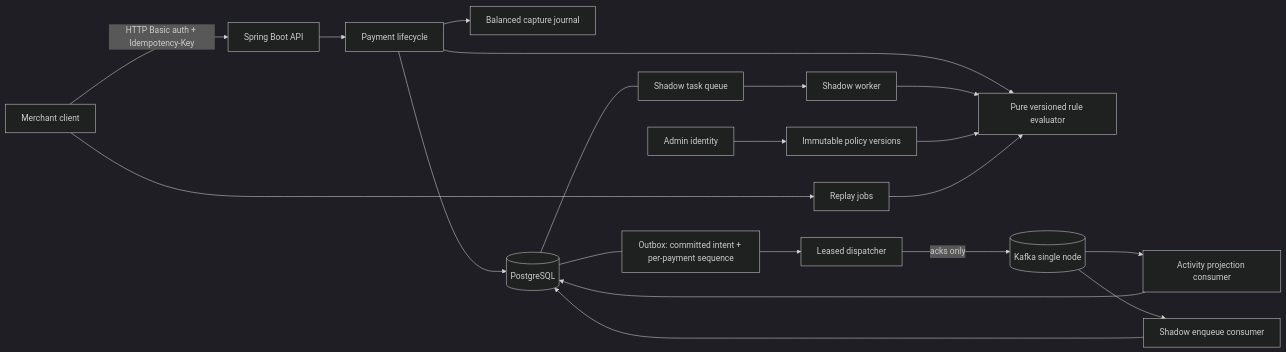
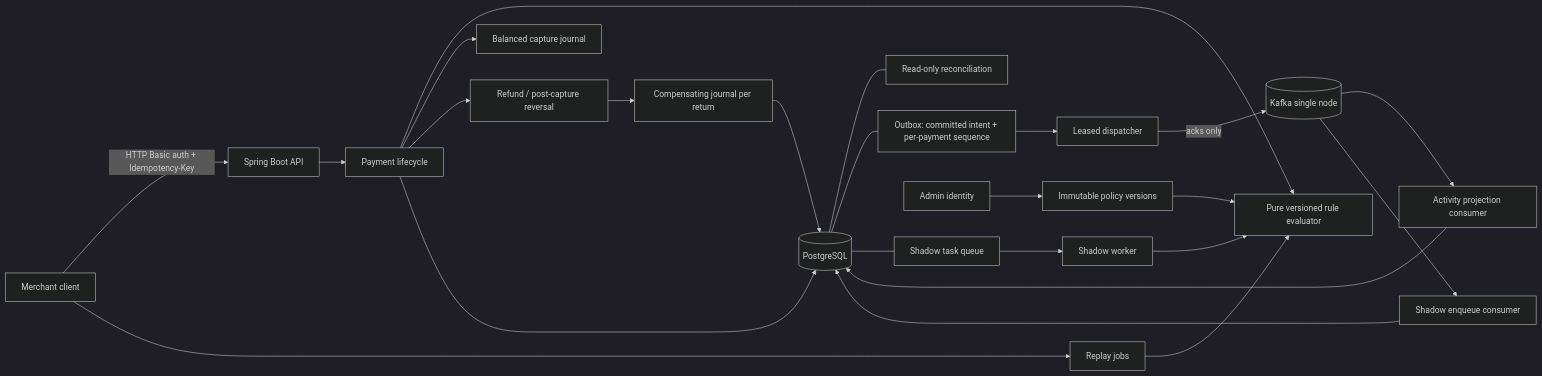
Before and after one commit to beaprogram/Decision-Rail: the diagram in docs/architecture.md, drawn with Mermaid (dark theme). The commit also changed other lines of this file and 10 other files, not shown here.

````diff
--- a/docs/architecture.md
+++ b/docs/architecture.md
@@ -7,23 +7,27 @@
 ```mermaid
 flowchart LR
     Caller[Merchant client] -->|HTTP Basic auth + Idempotency-Key| API[Spring Boot API]
     API --> Payments[Payment lifecycle]
     Payments --> Rules[Pure versioned rule evaluator]
     Payments --> Ledger[Balanced capture journal]
+    Payments --> Returns[Refund / post-capture reversal]
+    Returns --> Compensating[Compensating journal per return]
     Payments --> DB[(PostgreSQL)]
+    Compensating --> DB
+    DB --- Reconcile[Read-only reconciliation]
 
     DB --- Outbox[Outbox: committed intent + per-payment sequence]
     Outbox --> Dispatcher[Leased dispatcher]
     Dispatcher -->|acks only| Broker[(Kafka single node)]
     Broker --> Projection[Activity projection consumer]
     Broker --> ShadowQueue[Shadow enqueue consumer]
     Projection --> DB
     ShadowQueue --> DB
     DB --- ShadowWork[Shadow task queue]
     ShadowWork --> ShadowWorker[Shadow worker]
     ShadowWorker --> Rules
     Admin[Admin identity] --> Policies[Immutable policy versions]
     Policies --> Rules
     Caller --> Replay[Replay jobs]
     Replay --> Rules
 ```
````
